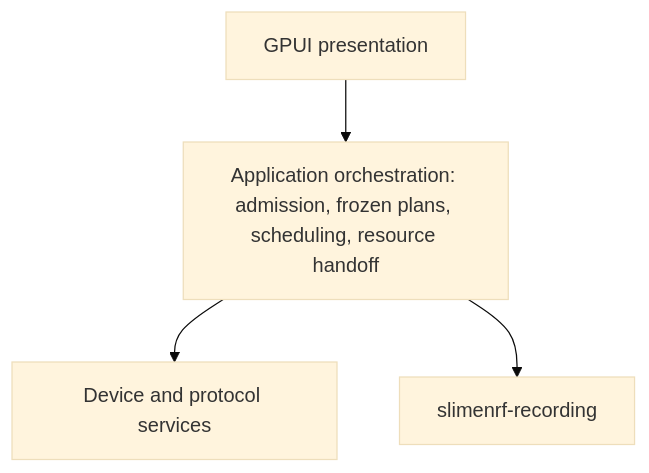
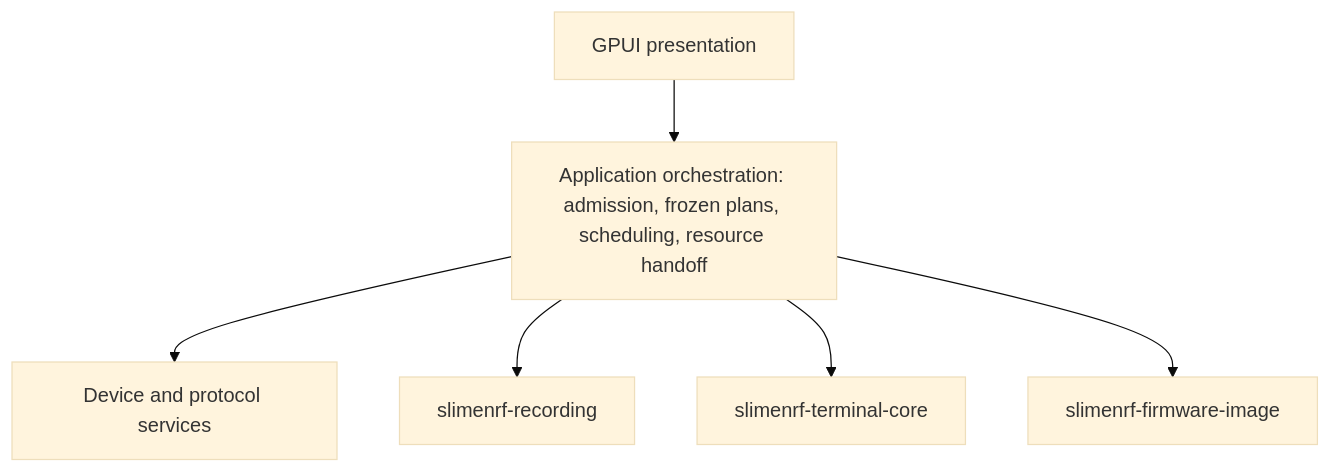
The diagram in docs/ARCHITECTURE.md (jitingcn/SlimeNRF-Helper), drawn with Mermaid (base theme) before and after one commit. The commit also changed other lines of this file and 64 other files, not shown here.

Commit message:
refactor: extract terminal and firmware image cores

````diff
--- a/docs/ARCHITECTURE.md
+++ b/docs/ARCHITECTURE.md
@@ -11,6 +11,8 @@
 ```mermaid
 flowchart TD
 	UI[GPUI presentation] --> App[Application orchestration: admission, frozen plans, scheduling, resource handoff]
 	App --> Device[Device and protocol services]
 	App --> Core[slimenrf-recording]
+	App --> Terminal[slimenrf-terminal-core]
+	App --> Image[slimenrf-firmware-image]
 ```
````
